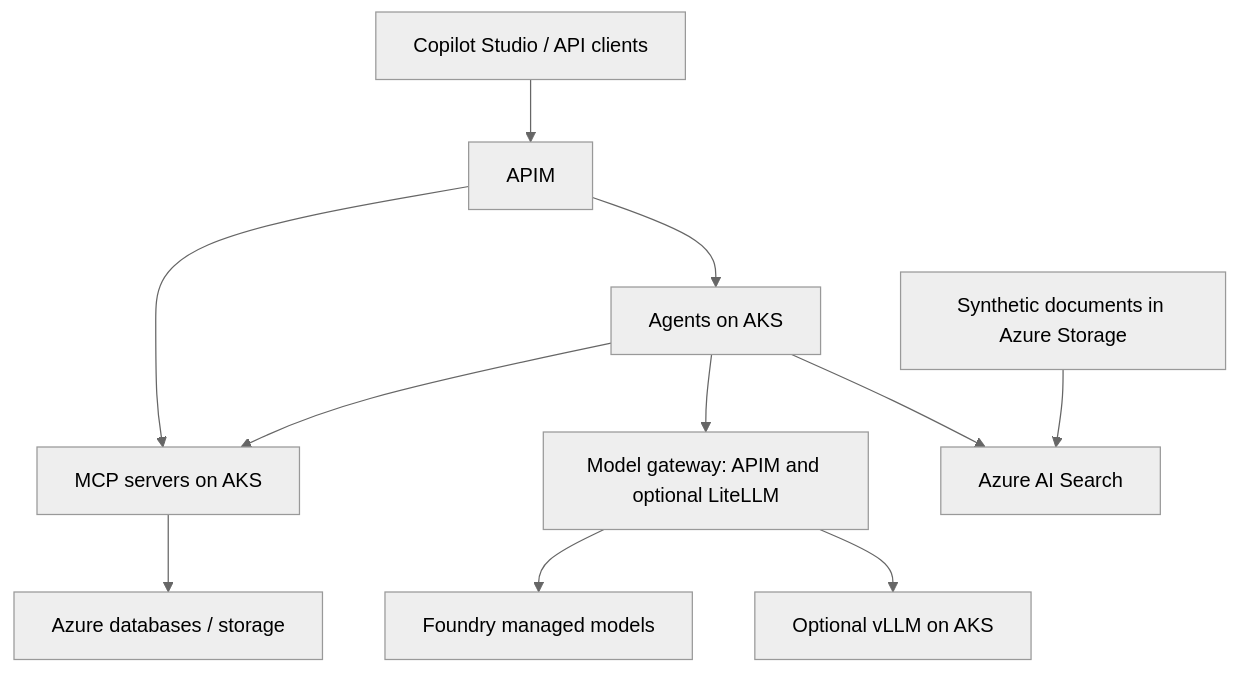
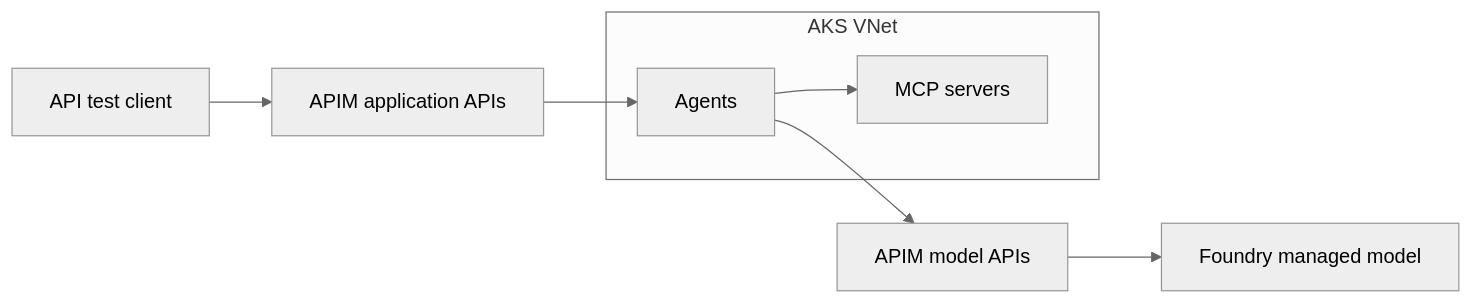
Before and after one commit to kxw9298/enterprise-ai-platform-poc: the diagram in docs/architecture/README.md, drawn with Mermaid (neutral theme). The commit also changed other lines of this file and 3 other files, not shown here.

Commit message:
docs: simplify initial AKS networking and defer Copilot and RAG

````diff
--- a/docs/architecture/README.md
+++ b/docs/architecture/README.md
@@ -7,13 +11,12 @@
 ```mermaid
-flowchart TD
-    C[Copilot Studio / API clients] --> G[APIM]
-    G --> A[Agents on AKS]
-    G --> T[MCP servers on AKS]
-    A --> T
-    A --> M[Model gateway: APIM and optional LiteLLM]
-    M --> F[Foundry managed models]
-    M --> V[Optional vLLM on AKS]
-    A --> S[Azure AI Search]
-    D[Synthetic documents in Azure Storage] --> S
-    T --> DB[Azure databases / storage]
+flowchart LR
+    C[API test client] --> G[APIM application APIs]
+    subgraph N[AKS VNet]
+        A[Agents]
+        T[MCP servers]
+        A --> T
+    end
+    G --> A
+    A --> M[APIM model APIs]
+    M --> F[Foundry managed model]
 ```
````
